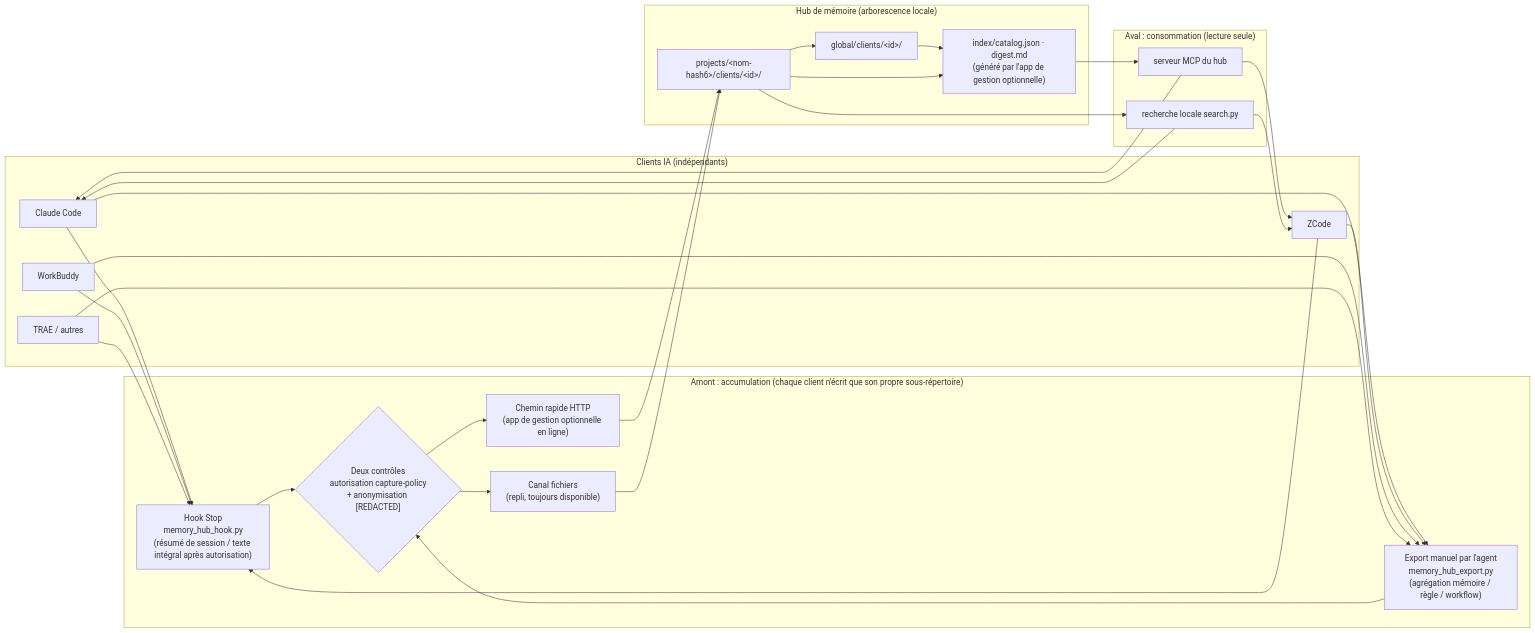
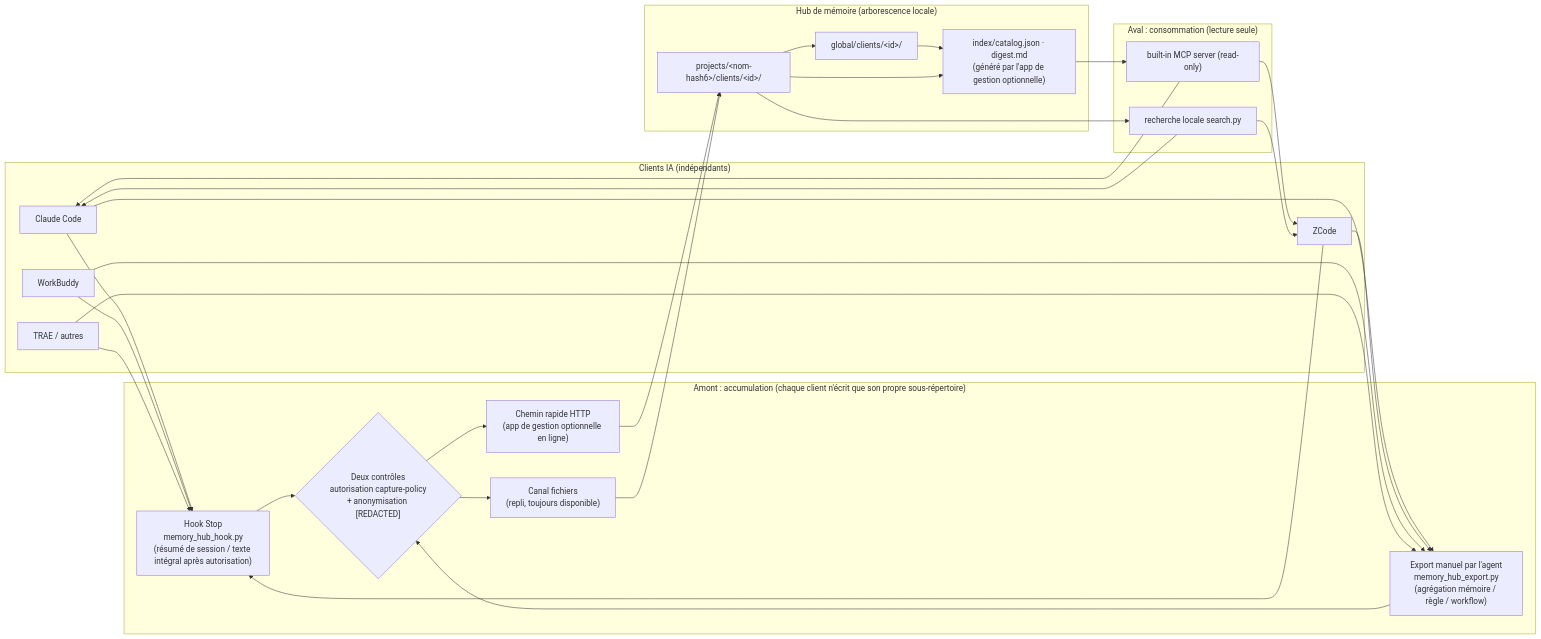
One commit to KKDestiny/memory-hub-plugin changed the first of 2 diagrams in README.fr.md. Above: the diagram before and after it, drawn with Mermaid. The commit also changed other lines of this file and 10 other files, not shown here.

````diff
--- a/README.fr.md
+++ b/README.fr.md
@@ -39,41 +44,41 @@
 ```mermaid
 flowchart LR
     subgraph clients["Clients IA (indépendants)"]
         CC["Claude Code"]
         ZC["ZCode"]
         WB["WorkBuddy"]
         TR["TRAE / autres"]
     end
 
     subgraph up["Amont : accumulation (chaque client n'écrit que son propre sous-répertoire)"]
         hook["Hook Stop<br/>memory_hub_hook.py<br/>(résumé de session / texte intégral après autorisation)"]
         agent["Export manuel par l'agent<br/>memory_hub_export.py<br/>(agrégation mémoire / règle / workflow)"]
         gate{"Deux contrôles<br/>autorisation capture-policy<br/>+ anonymisation [REDACTED]"}
         http["Chemin rapide HTTP<br/>(app de gestion optionnelle en ligne)"]
         file["Canal fichiers<br/>(repli, toujours disponible)"]
     end
 
     subgraph hub["Hub de mémoire (arborescence locale)"]
         proj["projects/&lt;nom-hash6&gt;/clients/&lt;id&gt;/"]
         glob["global/clients/&lt;id&gt;/"]
         index["index/catalog.json · digest.md<br/>(généré par l'app de gestion optionnelle)"]
     end
 
     subgraph down["Aval : consommation (lecture seule)"]
-        mcp["serveur MCP du hub"]
+        mcp["built-in MCP server (read-only)"]
         search["recherche locale search.py"]
     end
 
     CC & ZC & WB & TR --> hook
     CC & ZC & WB & TR --> agent
     hook --> gate
     agent --> gate
     gate --> http --> proj
     gate --> file --> proj
     proj --> glob --> index
     proj --> index
     index --> mcp
     proj --> search
     mcp & search --> ZC
     mcp & search --> CC
 ```
````
